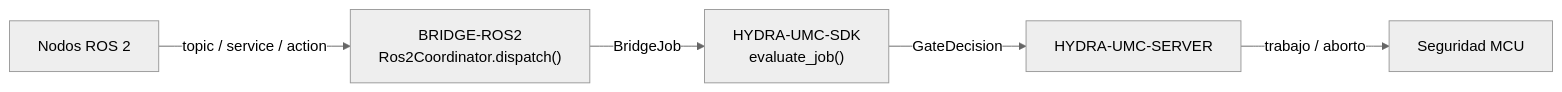
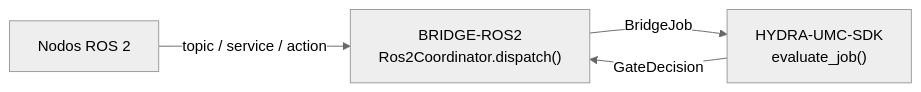
The diagram in README_spa.md (JuanenRac/HYDRA-UMC-BRIDGE-ROS2), drawn with Mermaid (neutral theme) before and after one commit. The commit also changed other lines of this file and 19 other files, not shown here.

````diff
--- a/README_spa.md
+++ b/README_spa.md
@@ -49,7 +50,6 @@
 ```mermaid
 flowchart LR
     ROS["Nodos ROS 2"] -- "topic / service / action" --> BRIDGE["BRIDGE-ROS2<br/>Ros2Coordinator.dispatch()"]
     BRIDGE -- BridgeJob --> SDK["HYDRA-UMC-SDK<br/>evaluate_job()"]
-    SDK -- GateDecision --> SERVER["HYDRA-UMC-SERVER"]
-    SERVER -- "trabajo / aborto" --> MCU["Seguridad MCU"]
+    SDK -- GateDecision --> BRIDGE
 ```
````
